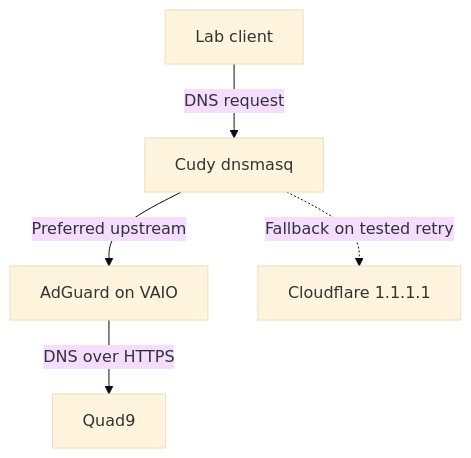
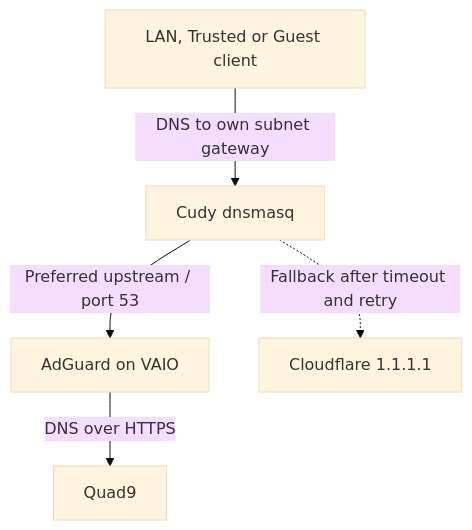
Before and after one commit to GiannisPel/HOMELAB: the third of 3 diagrams in docs/architecture.md, drawn with Mermaid (base theme). The commit also changed other lines of this file, not shown here.

````diff
--- a/docs/architecture.md
+++ b/docs/architecture.md
@@ -21,7 +69,7 @@
 ```mermaid
 flowchart TD
-    C["Lab client"] -->|"DNS request"| R["Cudy dnsmasq"]
-    R -->|"Preferred upstream"| A["AdGuard on VAIO"]
+    C["LAN, Trusted or Guest client"] -->|"DNS to own subnet gateway"| R["Cudy dnsmasq"]
+    R -->|"Preferred upstream / port 53"| A["AdGuard on VAIO"]
     A -->|"DNS over HTTPS"| Q["Quad9"]
-    R -.->|"Fallback on tested retry"| F["Cloudflare 1.1.1.1"]
+    R -.->|"Fallback after timeout and retry"| F["Cloudflare 1.1.1.1"]
 ```
````
